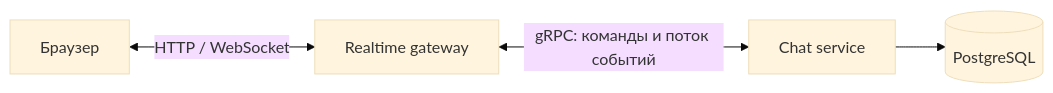
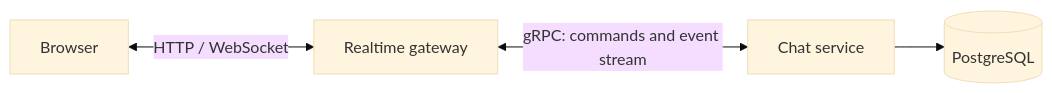
One commit to fnder7/nullchat changed the second of 2 diagrams in docs/ARCHITECTURE.md. Above: the diagram before and after it, drawn with Mermaid (base theme). The commit also changed other lines of this file and 21 other files, not shown here.

````diff
--- a/docs/ARCHITECTURE.md
+++ b/docs/ARCHITECTURE.md
@@ -75,6 +75,6 @@
 ```mermaid
 flowchart LR
-    Browser[Браузер] <-->|HTTP / WebSocket| Gateway[Realtime gateway]
-    Gateway <-->|gRPC: команды и поток событий| Core[Chat service]
+    Browser[Browser] <-->|HTTP / WebSocket| Gateway[Realtime gateway]
+    Gateway <-->|gRPC: commands and event stream| Core[Chat service]
     Core --> DB[(PostgreSQL)]
 ```
````
